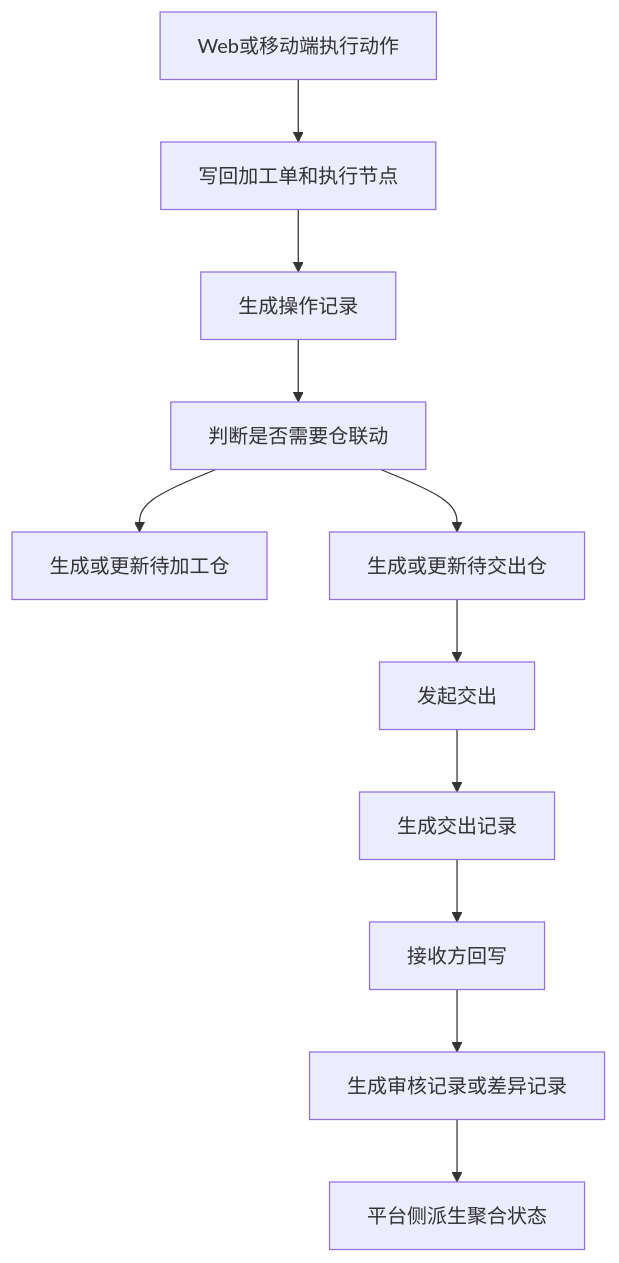
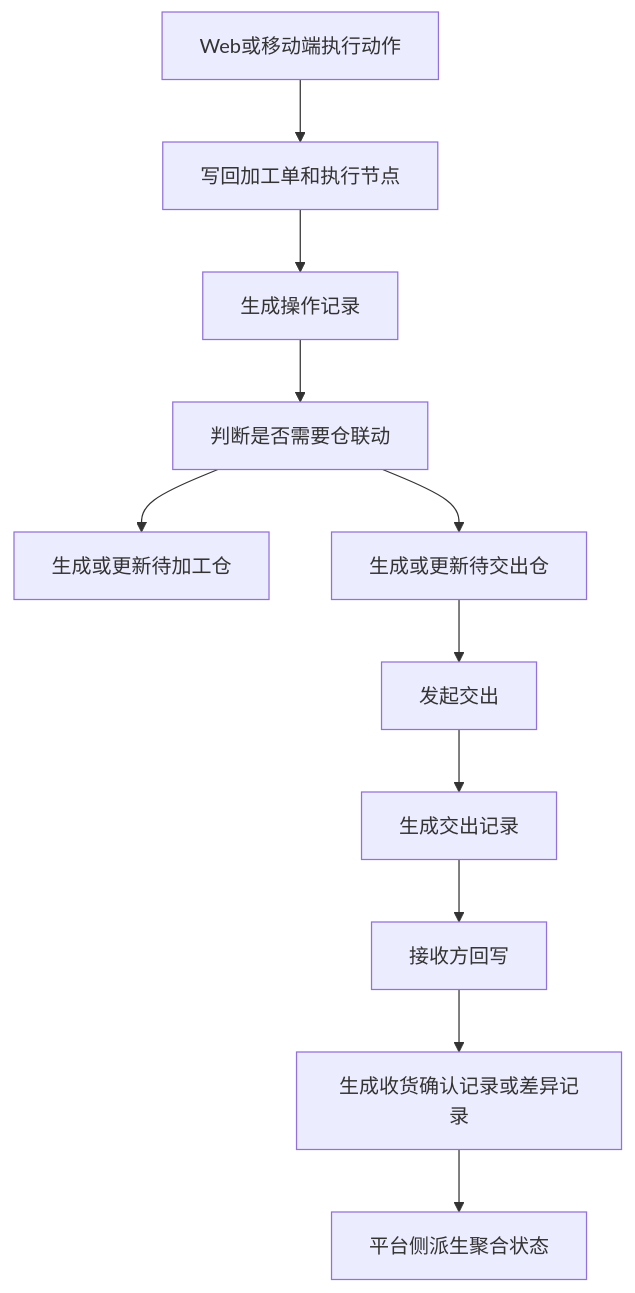
The first of 2 diagrams in docs/fcs-process-warehouse-handover-linkage.md (laoertongxue/higoods), drawn with Mermaid before and after one commit. The commit also changed other lines of this file and 98 other files, not shown here.

````diff
--- a/docs/fcs-process-warehouse-handover-linkage.md
+++ b/docs/fcs-process-warehouse-handover-linkage.md
@@ -11,13 +11,13 @@
 ```mermaid
 flowchart TD
   A["Web或移动端执行动作"] --> B["写回加工单和执行节点"]
   B --> C["生成操作记录"]
   C --> D["判断是否需要仓联动"]
   D --> E["生成或更新待加工仓"]
   D --> F["生成或更新待交出仓"]
   F --> G["发起交出"]
   G --> H["生成交出记录"]
   H --> I["接收方回写"]
-  I --> J["生成审核记录或差异记录"]
+  I --> J["生成收货确认记录或差异记录"]
   J --> K["平台侧派生聚合状态"]
 ```
````
